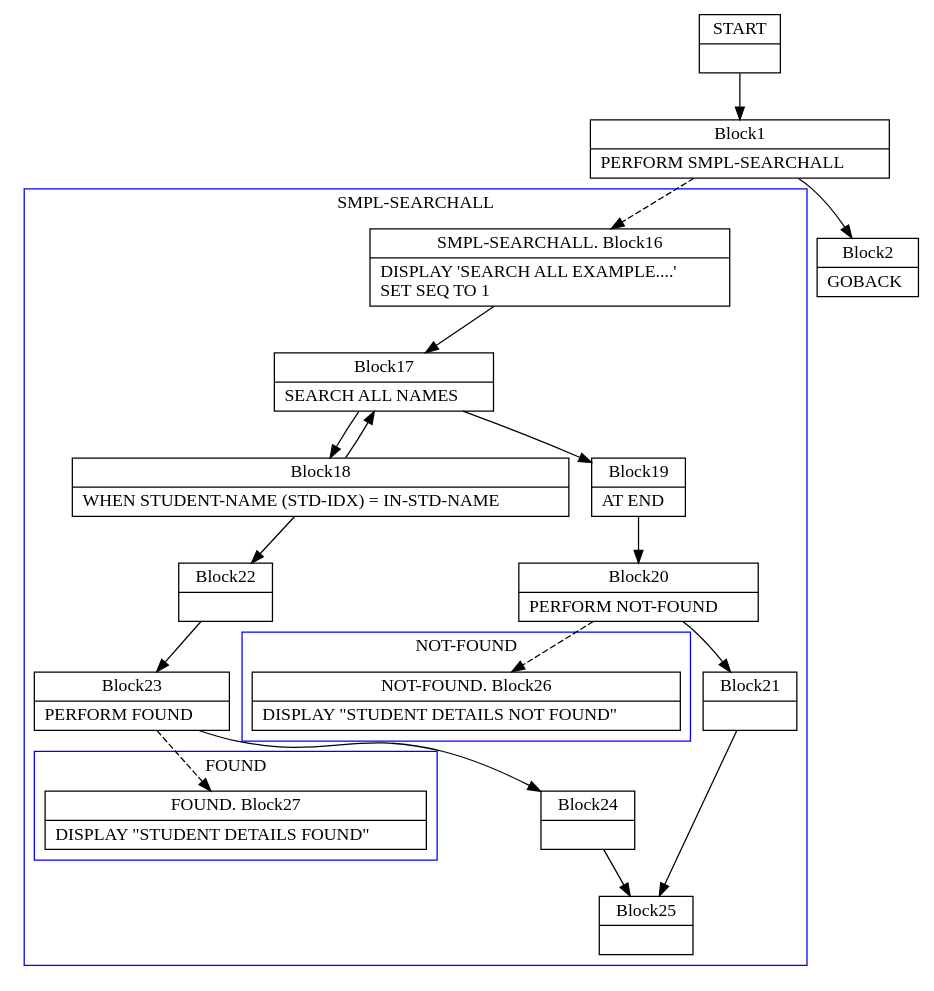
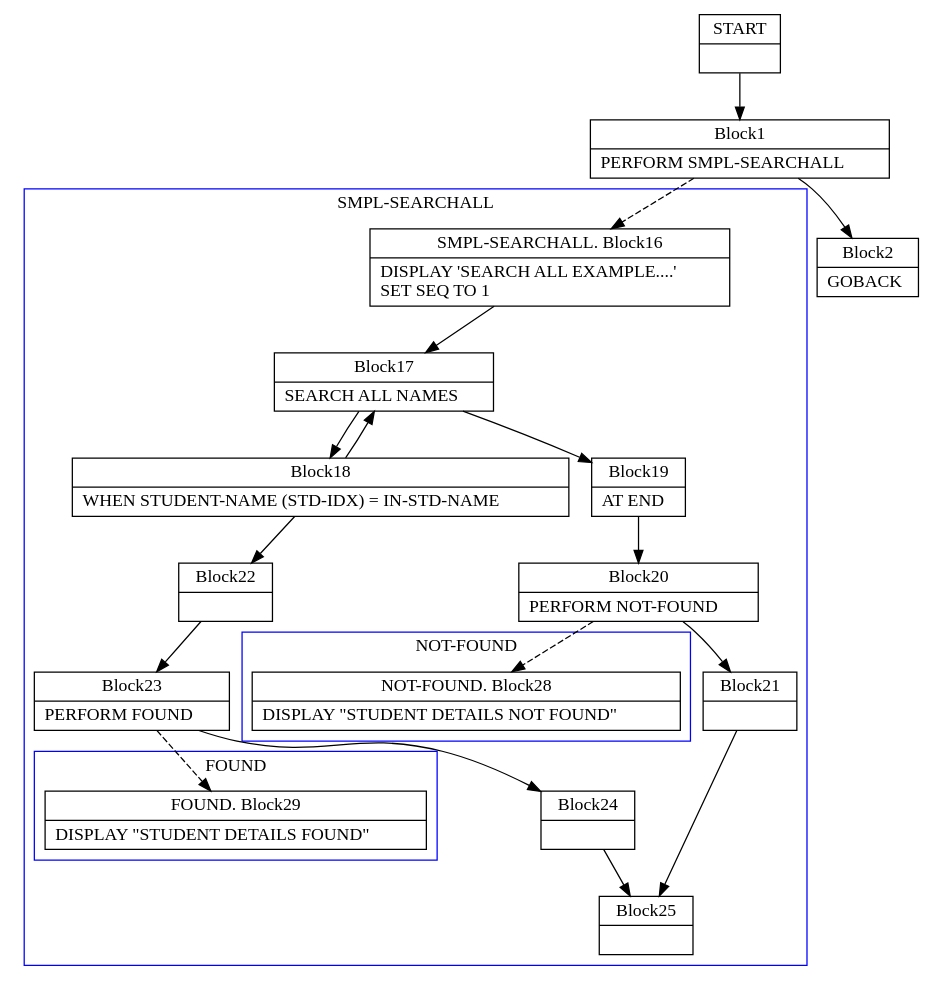
Before and after one commit to TypeCobolTeam/TypeCobol: the diagram in TypeCobol.Analysis.Test/BasicCfgInstrs/SearchPerform1.dot, drawn with Graphviz. The commit also changed 54 other files, not shown here.

Commit message:
WI #1267 Fix iterative and recursive PERFORMs graph building

```diff
--- a/TypeCobol.Analysis.Test/BasicCfgInstrs/SearchPerform1.dot
+++ b/TypeCobol.Analysis.Test/BasicCfgInstrs/SearchPerform1.dot
@@ -1,90 +1,90 @@
 digraph Cfg {
 compound=true;
 node [
 shape = "record"
 ]
 
 edge [
 arrowtail = "empty"
 ]
 Block0 [
 label = "{START|}"
 ]
 Block1 [
 label = "{Block1|    PERFORM SMPL-SEARCHALL\l}"
 ]
 subgraph cluster_1{
 color = blue;
 label = "SMPL-SEARCHALL";
 Block16 [
 label = "{SMPL-SEARCHALL. Block16|    DISPLAY 'SEARCH ALL EXAMPLE....'\l    SET SEQ TO 1\l}"
 ]
 Block17 [
 label = "{Block17|    SEARCH ALL NAMES\l}"
 ]
 Block18 [
 label = "{Block18|       WHEN STUDENT-NAME (STD-IDX) = IN-STD-NAME\l}"
 ]
 Block22 [
 label = "{Block22|}"
 ]
 Block23 [
 label = "{Block23|          PERFORM FOUND\l}"
 ]
 subgraph cluster_3{
 color = blue;
 label = "FOUND";
-Block27 [
-label = "{FOUND. Block27|    DISPLAY \"STUDENT DETAILS FOUND\"\l}"
+Block29 [
+label = "{FOUND. Block29|    DISPLAY \"STUDENT DETAILS FOUND\"\l}"
 ]
 
 }
-Block23 -> Block27 [style=dashed]
+Block23 -> Block29 [style=dashed]
 
 Block24 [
 label = "{Block24|}"
 ]
 Block25 [
 label = "{Block25|}"
 ]
 Block19 [
 label = "{Block19|       AT END\l}"
 ]
 Block20 [
 label = "{Block20|          PERFORM NOT-FOUND\l}"
 ]
 subgraph cluster_2{
 color = blue;
 label = "NOT-FOUND";
-Block26 [
-label = "{NOT-FOUND. Block26|    DISPLAY \"STUDENT DETAILS NOT FOUND\"\l}"
+Block28 [
+label = "{NOT-FOUND. Block28|    DISPLAY \"STUDENT DETAILS NOT FOUND\"\l}"
 ]
 
 }
-Block20 -> Block26 [style=dashed]
+Block20 -> Block28 [style=dashed]
 
 Block21 [
 label = "{Block21|}"
 ]
 Block16 -> Block17
 Block17 -> Block18
 Block17 -> Block19
 Block18 -> Block22
 Block18 -> Block17
 Block22 -> Block23
 Block23 -> Block24
 Block24 -> Block25
 Block19 -> Block20
 Block20 -> Block21
 Block21 -> Block25
 
 }
 Block1 -> Block16 [style=dashed]
 
 Block2 [
 label = "{Block2|    GOBACK\l}"
 ]
 Block0 -> Block1
 Block1 -> Block2
 
 }
```
